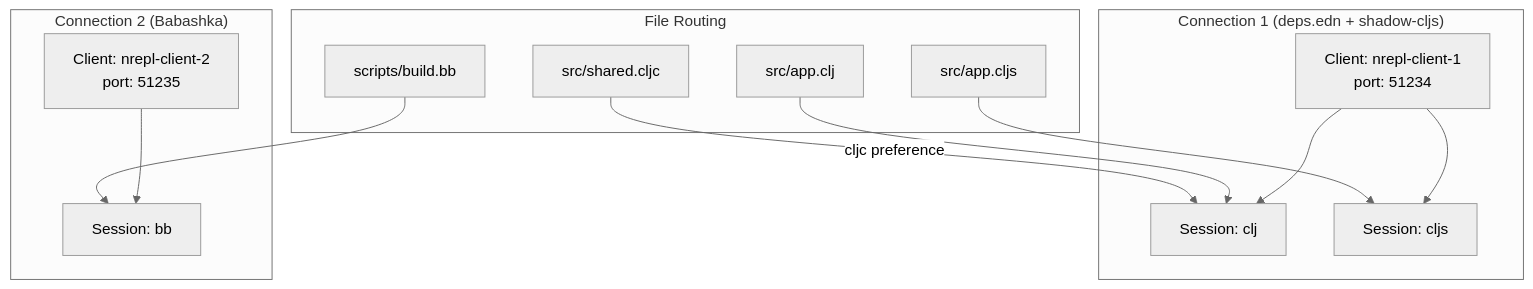
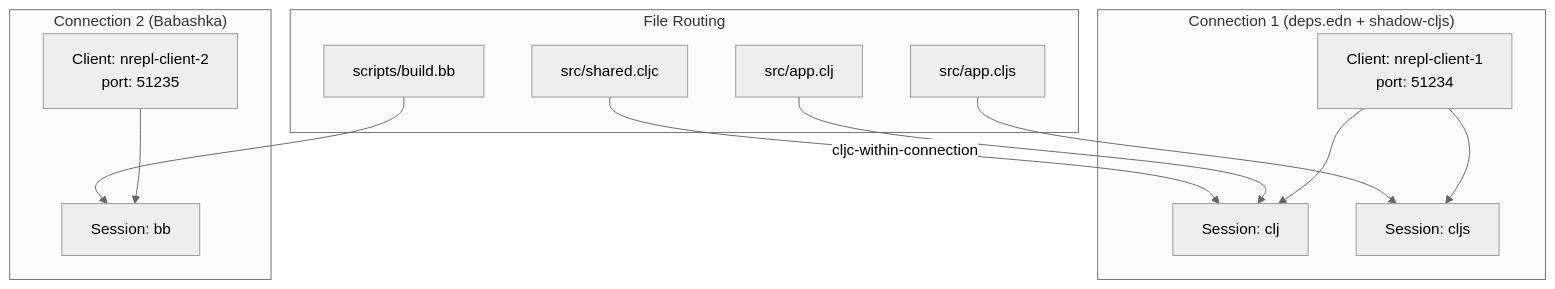
The seventh of 7 diagrams in dev/docs/multi-session-architecture.md (BetterThanTomorrow/calva), drawn with Mermaid (neutral theme) before and after one commit. The commit also changed other lines of this file, not shown here.

Commit message:
Update architecture description

````diff
--- a/dev/docs/multi-session-architecture.md
+++ b/dev/docs/multi-session-architecture.md
@@ -945,23 +953,23 @@
 ```mermaid
 graph TB
     subgraph "Connection 1 (deps.edn + shadow-cljs)"
         C1[Client: nrepl-client-1<br/>port: 51234]
         S1A[Session: clj]
         S1B[Session: cljs]
         C1 --> S1A
         C1 --> S1B
     end
 
     subgraph "Connection 2 (Babashka)"
         C2[Client: nrepl-client-2<br/>port: 51235]
         S2A[Session: bb]
         C2 --> S2A
     end
 
     subgraph "File Routing"
         F1[src/app.clj] --> S1A
         F2[src/app.cljs] --> S1B
         F3[scripts/build.bb] --> S2A
-        F4[src/shared.cljc] -->|cljc preference| S1A
+        F4[src/shared.cljc] -->|cljc-within-connection| S1A
     end
 ```
````
